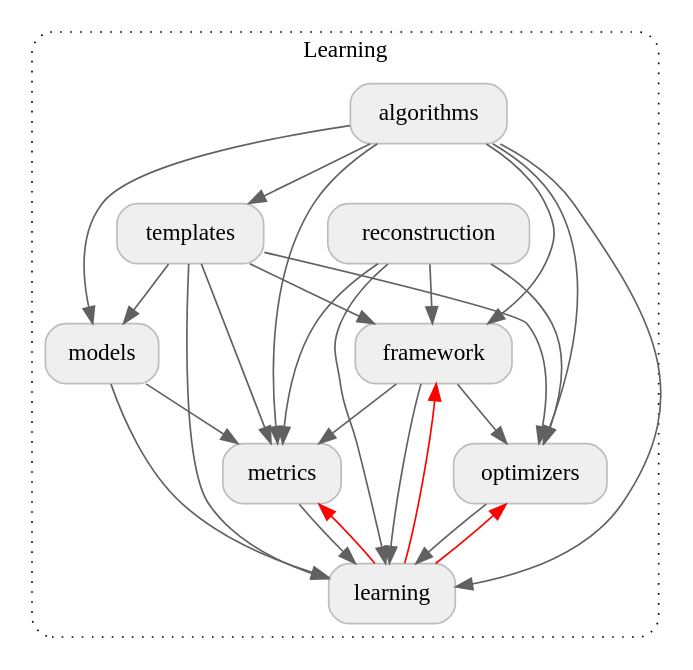
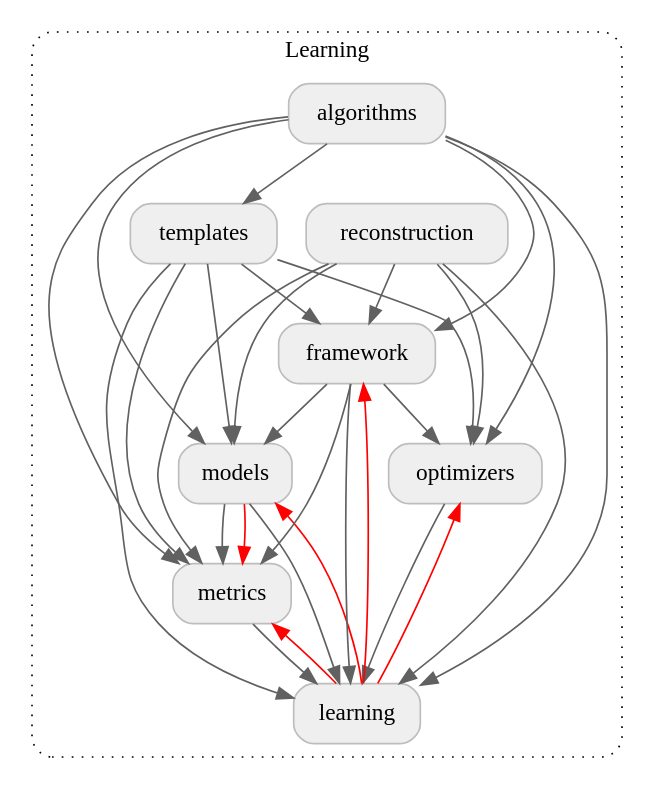
Before and after one commit to google-parfait/tensorflow-federated: the diagram in docs/design/package_structure_learning.dot, drawn with Graphviz. The commit also changed 1 other file, not shown here.

Commit message:
Fix the `tff.learning.models` BUILD visibility definitions to be consistent with other TFF packages.

```diff
--- a/docs/design/package_structure_learning.dot
+++ b/docs/design/package_structure_learning.dot
@@ -1,46 +1,50 @@
 digraph {
   graph [style="dotted,rounded"]
   node [shape="box", style="rounded,filled", fillcolor="#efefef", color="#bdbdbd"]
   edge [color="#616161"]
 
   subgraph cluster_learning {
     graph [label="Learning", href="https://github.com/tensorflow/federated/blob/main/tensorflow_federated/python/learning" target="_parent"]
     reconstruction [label="reconstruction", href="https://github.com/tensorflow/federated/blob/main/tensorflow_federated/python/learning/reconstruction" target="_parent"]
     algorithms [label="algorithms", href="https://github.com/tensorflow/federated/blob/main/tensorflow_federated/python/learning/algorithms" target="_parent"]
     templates [label="templates", href="https://github.com/tensorflow/federated/blob/main/tensorflow_federated/python/learning/templates" target="_parent"]
     optimizers [label="optimizers", href="https://github.com/tensorflow/federated/blob/main/tensorflow_federated/python/learning/optimizers" target="_parent"]
     models [label="models", href="https://github.com/tensorflow/federated/blob/main/tensorflow_federated/python/learning/models" target="_parent"]
     metrics [label="metrics", href="https://github.com/tensorflow/federated/blob/main/tensorflow_federated/python/learning/metrics" target="_parent"]
     framework [label="framework", href="https://github.com/tensorflow/federated/blob/main/tensorflow_federated/python/learning/framework" target="_parent"]
     learning [href="https://github.com/tensorflow/federated/blob/main/tensorflow_federated/python/learning" target="_parent"]
   }
 
   algorithms -> templates
   algorithms -> metrics
   algorithms -> models
   algorithms -> optimizers
   algorithms -> framework
   algorithms -> learning
   templates -> optimizers
   templates -> metrics
   templates -> models
   templates -> framework
   templates -> learning
   reconstruction -> optimizers
   reconstruction -> metrics
+  reconstruction -> models
   reconstruction -> framework
   reconstruction -> learning
   models -> metrics
   models -> learning
   framework -> optimizers
   framework -> learning
   framework -> metrics
+  framework -> models
   optimizers -> learning
   metrics -> learning
 
   // TODO(b/151441025): This visibility is temporary and can be removed once the
   // circular dependencies between `learning` and its subpackages are removed.
   framework -> learning [dir=back, color="#ff0000"]
   optimizers -> learning [dir=back, color="#ff0000"]
   metrics -> learning [dir=back, color="#ff0000"]
+  models -> learning [dir=back, color="#ff0000"]
+  metrics -> models [dir=back, color="#ff0000"]
 }
```
